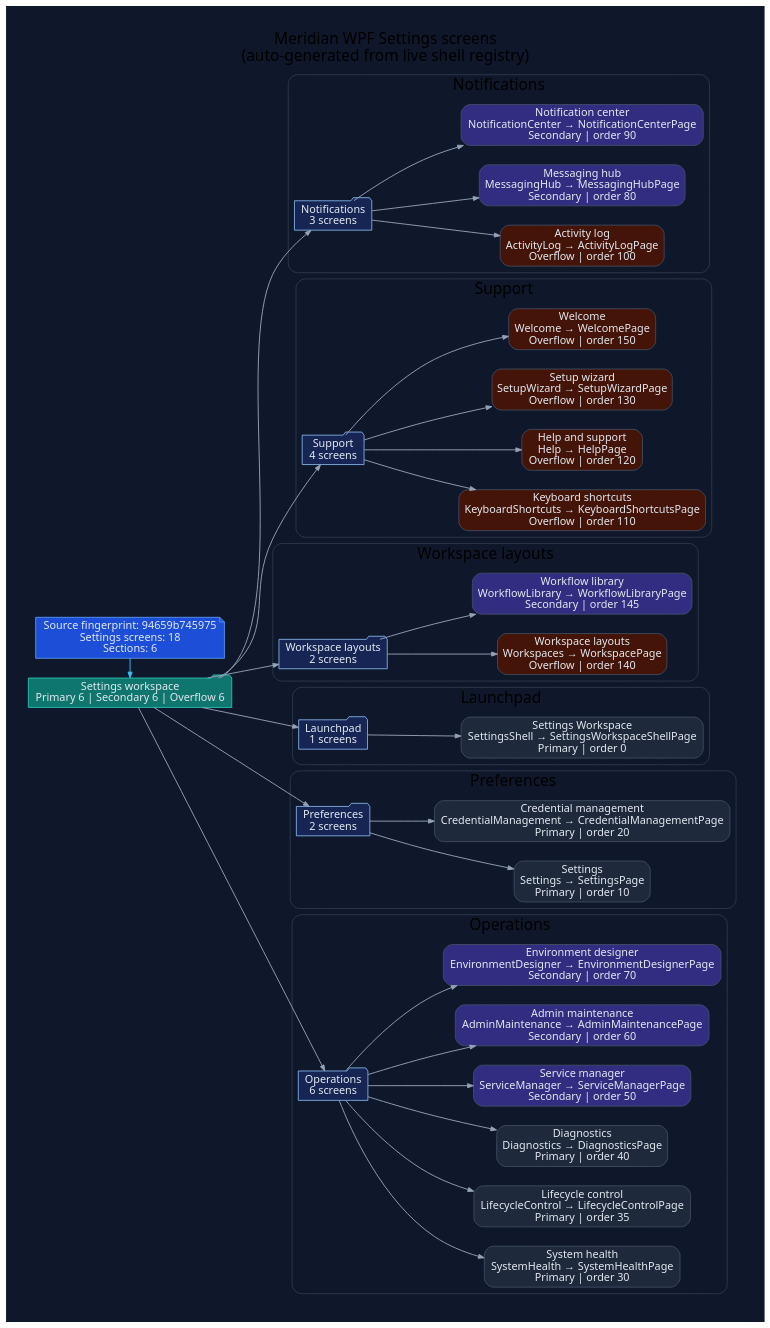
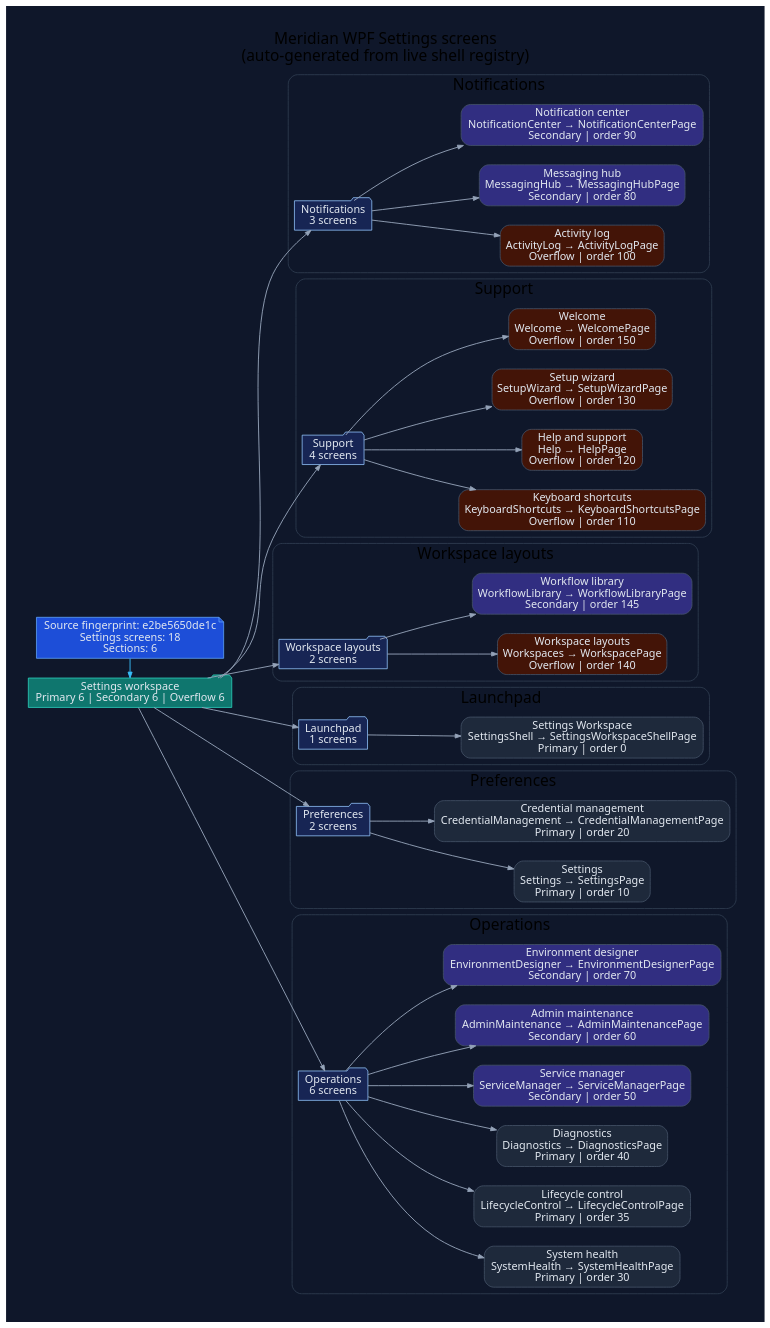
One commit to rodoHasArrived/Meridian-main changed the diagram in docs/diagrams/ui/ui-wpf-screens-settings.dot. Above: the diagram before and after it, drawn with Graphviz. The commit also changed 48 other files, not shown here.

```diff
--- a/docs/diagrams/ui/ui-wpf-screens-settings.dot
+++ b/docs/diagrams/ui/ui-wpf-screens-settings.dot
@@ -1,110 +1,110 @@
 // -----------------------------------------------------------------------------
 // <auto-generated>
 // Generated by scripts/generate-diagrams.mjs.
 // Do not edit this file directly; update the WPF source files instead.
 // -----------------------------------------------------------------------------
 digraph WpfSettingsScreens {
   graph [
     rankdir=LR,
     labelloc=t,
     label="Meridian WPF Settings screens\n(auto-generated from live shell registry)",
     fontname="Segoe UI",
     fontsize=20,
     pad=0.4,
     nodesep=0.35,
     ranksep=0.85,
     bgcolor="#0f172a"
   ];
   node [fontname="Segoe UI", shape=box, style="rounded,filled", color="#475569", fontcolor="#e2e8f0", fillcolor="#1e293b"];
   edge [fontname="Segoe UI", color="#94a3b8", penwidth=1.2, arrowsize=0.75];
 
-  generated [shape=note, fillcolor="#1d4ed8", color="#60a5fa", label="Source fingerprint: 94659b745975\nSettings screens: 18\nSections: 6"];
+  generated [shape=note, fillcolor="#1d4ed8", color="#60a5fa", label="Source fingerprint: e2be5650de1c\nSettings screens: 18\nSections: 6"];
   workspace [shape=folder, fillcolor="#0f766e", color="#2dd4bf", label="Settings workspace\nPrimary 6 | Secondary 6 | Overflow 6"];
   generated -> workspace [color="#38bdf8"];
 
   subgraph cluster_section_1 {
     label="Notifications";
     color="#334155";
     style="rounded";
     section_1 [shape=folder, fillcolor="#172554", color="#93c5fd", label="Notifications\n3 screens"];
     workspace -> section_1;
     screen_ActivityLog [fillcolor="#431407", label="Activity log\nActivityLog → ActivityLogPage\nOverflow | order 100"];
     section_1 -> screen_ActivityLog;
     screen_MessagingHub [fillcolor="#312e81", label="Messaging hub\nMessagingHub → MessagingHubPage\nSecondary | order 80"];
     section_1 -> screen_MessagingHub;
     screen_NotificationCenter [fillcolor="#312e81", label="Notification center\nNotificationCenter → NotificationCenterPage\nSecondary | order 90"];
     section_1 -> screen_NotificationCenter;
   }
 
   subgraph cluster_section_2 {
     label="Support";
     color="#334155";
     style="rounded";
     section_2 [shape=folder, fillcolor="#172554", color="#93c5fd", label="Support\n4 screens"];
     workspace -> section_2;
     screen_KeyboardShortcuts [fillcolor="#431407", label="Keyboard shortcuts\nKeyboardShortcuts → KeyboardShortcutsPage\nOverflow | order 110"];
     section_2 -> screen_KeyboardShortcuts;
     screen_Help [fillcolor="#431407", label="Help and support\nHelp → HelpPage\nOverflow | order 120"];
     section_2 -> screen_Help;
     screen_SetupWizard [fillcolor="#431407", label="Setup wizard\nSetupWizard → SetupWizardPage\nOverflow | order 130"];
     section_2 -> screen_SetupWizard;
     screen_Welcome [fillcolor="#431407", label="Welcome\nWelcome → WelcomePage\nOverflow | order 150"];
     section_2 -> screen_Welcome;
   }
 
   subgraph cluster_section_3 {
     label="Workspace layouts";
     color="#334155";
     style="rounded";
     section_3 [shape=folder, fillcolor="#172554", color="#93c5fd", label="Workspace layouts\n2 screens"];
     workspace -> section_3;
     screen_Workspaces [fillcolor="#431407", label="Workspace layouts\nWorkspaces → WorkspacePage\nOverflow | order 140"];
     section_3 -> screen_Workspaces;
     screen_WorkflowLibrary [fillcolor="#312e81", label="Workflow library\nWorkflowLibrary → WorkflowLibraryPage\nSecondary | order 145"];
     section_3 -> screen_WorkflowLibrary;
   }
 
   subgraph cluster_section_4 {
     label="Launchpad";
     color="#334155";
     style="rounded";
     section_4 [shape=folder, fillcolor="#172554", color="#93c5fd", label="Launchpad\n1 screens"];
     workspace -> section_4;
     screen_SettingsShell [fillcolor="#1e293b", label="Settings Workspace\nSettingsShell → SettingsWorkspaceShellPage\nPrimary | order 0"];
     section_4 -> screen_SettingsShell;
   }
 
   subgraph cluster_section_5 {
     label="Preferences";
     color="#334155";
     style="rounded";
     section_5 [shape=folder, fillcolor="#172554", color="#93c5fd", label="Preferences\n2 screens"];
     workspace -> section_5;
     screen_Settings [fillcolor="#1e293b", label="Settings\nSettings → SettingsPage\nPrimary | order 10"];
     section_5 -> screen_Settings;
     screen_CredentialManagement [fillcolor="#1e293b", label="Credential management\nCredentialManagement → CredentialManagementPage\nPrimary | order 20"];
     section_5 -> screen_CredentialManagement;
   }
 
   subgraph cluster_section_6 {
     label="Operations";
     color="#334155";
     style="rounded";
     section_6 [shape=folder, fillcolor="#172554", color="#93c5fd", label="Operations\n6 screens"];
     workspace -> section_6;
     screen_SystemHealth [fillcolor="#1e293b", label="System health\nSystemHealth → SystemHealthPage\nPrimary | order 30"];
     section_6 -> screen_SystemHealth;
     screen_LifecycleControl [fillcolor="#1e293b", label="Lifecycle control\nLifecycleControl → LifecycleControlPage\nPrimary | order 35"];
     section_6 -> screen_LifecycleControl;
     screen_Diagnostics [fillcolor="#1e293b", label="Diagnostics\nDiagnostics → DiagnosticsPage\nPrimary | order 40"];
     section_6 -> screen_Diagnostics;
     screen_ServiceManager [fillcolor="#312e81", label="Service manager\nServiceManager → ServiceManagerPage\nSecondary | order 50"];
     section_6 -> screen_ServiceManager;
     screen_AdminMaintenance [fillcolor="#312e81", label="Admin maintenance\nAdminMaintenance → AdminMaintenancePage\nSecondary | order 60"];
     section_6 -> screen_AdminMaintenance;
     screen_EnvironmentDesigner [fillcolor="#312e81", label="Environment designer\nEnvironmentDesigner → EnvironmentDesignerPage\nSecondary | order 70"];
     section_6 -> screen_EnvironmentDesigner;
   }
 
   { rank=min; generated; workspace; }
 }
```
